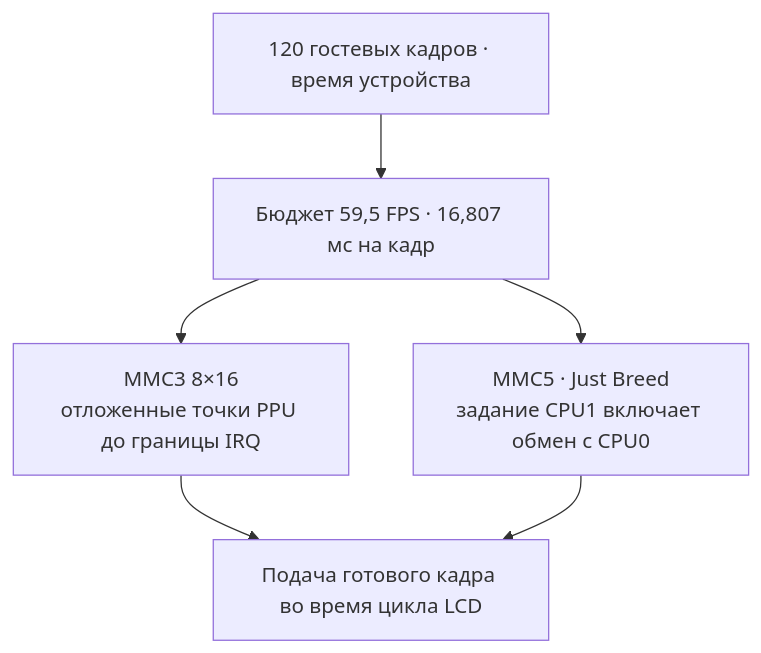
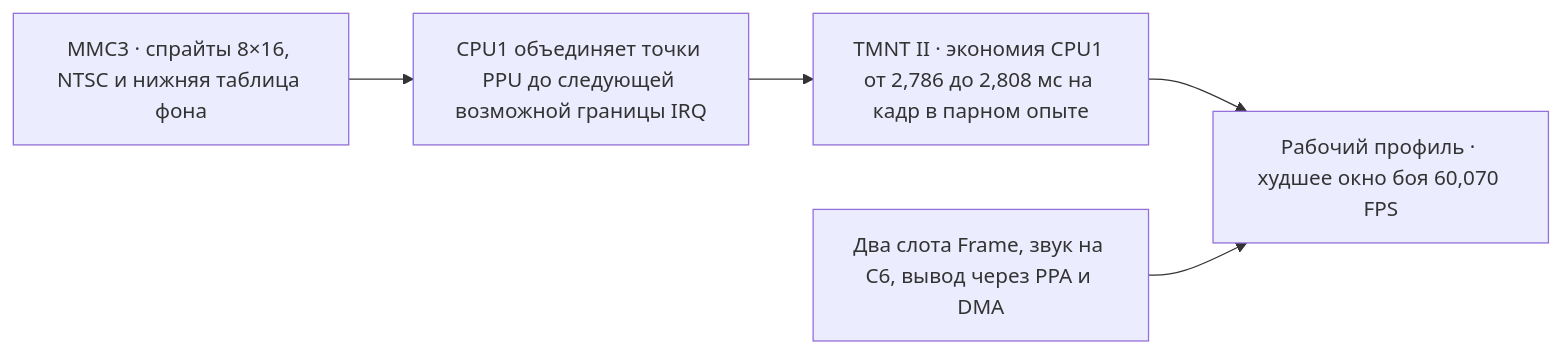
Before and after one commit to KirPoz/bitvyr: the third of 3 diagrams in bitvyr_nes_p4c6/beta_0_1/docs/02-architecture.md, drawn with Mermaid. The commit also changed other lines of this file and 63 other files, not shown here.

````diff
--- a/bitvyr_nes_p4c6/beta_0_1/docs/02-architecture.md
+++ b/bitvyr_nes_p4c6/beta_0_1/docs/02-architecture.md
@@ -136,8 +54,7 @@
 ```mermaid
-flowchart TD
-    R["120 гостевых кадров · время устройства"] --> B["Бюджет 59,5 FPS · 16,807 мс на кадр"]
-    B --> W["MMC3 8×16<br/>отложенные точки PPU до границы IRQ"]
-    B --> C["MMC5 · Just Breed<br/>задание CPU1 включает обмен с CPU0"]
-    W --> P["Подача готового кадра во время цикла LCD"]
-    C --> P
+flowchart LR
+    S["MMC3 · спрайты 8×16, NTSC и нижняя таблица фона"] --> H["CPU1 объединяет точки PPU до следующей возможной границы IRQ"]
+    H --> T["TMNT II · экономия CPU1 от 2,786 до 2,808 мс на кадр в парном опыте"]
+    T --> R["Рабочий профиль · худшее окно боя 60,070 FPS"]
+    O["Два слота Frame, звук на C6, вывод через PPA и DMA"] --> R
 ```
````
